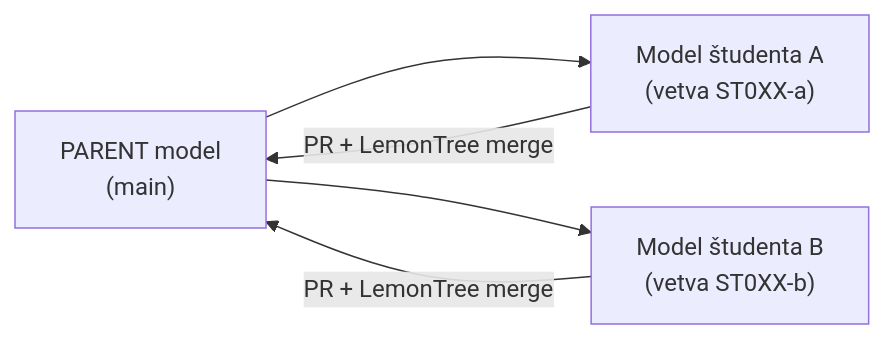
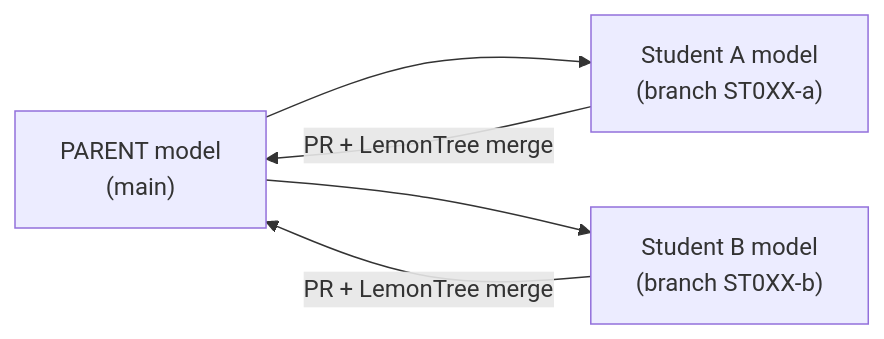
Before and after one commit to 06-STH-Projects/ea_model_sthdf_2026-2027: the first of 3 diagrams in README.md, drawn with Mermaid. The commit also changed other lines of this file and 2 other files, not shown here.

First line of the commit message:
README, CONTRIBUTING, PR template: English first, Slovak second; more diagrams

````diff
--- a/README.md
+++ b/README.md
@@ -12,7 +13,7 @@
 ```mermaid
 flowchart LR
-  P["PARENT model<br/>(main)"] --> A["Model študenta A<br/>(vetva ST0XX-a)"]
-  P --> B["Model študenta B<br/>(vetva ST0XX-b)"]
-  A -->|PR + LemonTree merge| P
-  B -->|PR + LemonTree merge| P
+  P["PARENT model<br/>(main)"] --> A["Student A model<br/>(branch ST0XX-a)"]
+  P --> B["Student B model<br/>(branch ST0XX-b)"]
+  A -->|"PR + LemonTree merge"| P
+  B -->|"PR + LemonTree merge"| P
 ```
````
